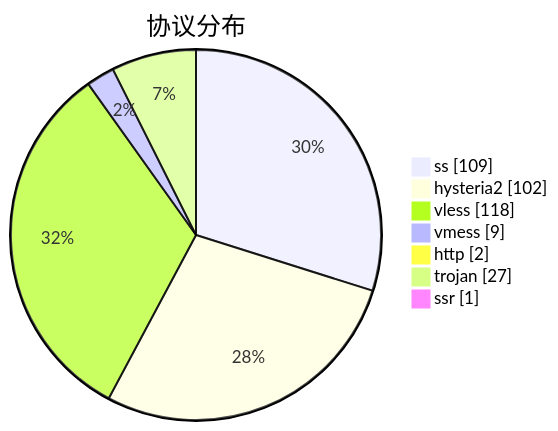
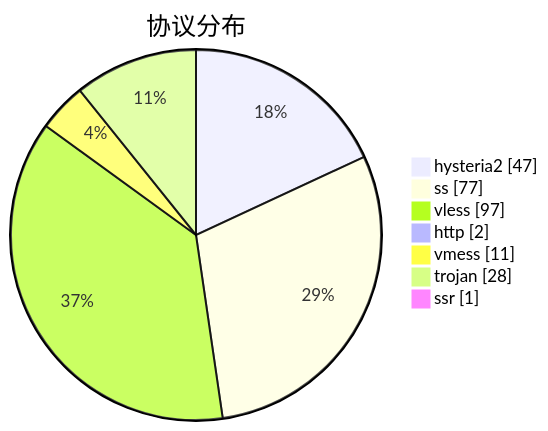
One commit to sinspired/airport changed the third of 3 diagrams in subs/statistics/tested_within.md. Above: the diagram before and after it, drawn with Mermaid. The commit also changed other lines of this file and 2 other files, not shown here.

````diff
--- a/subs/statistics/tested_within.md
+++ b/subs/statistics/tested_within.md
@@ -44,11 +44,11 @@
 ```mermaid
 pie showData
 title 协议分布
-"ss" : 109
-"hysteria2" : 102
-"vless" : 118
-"vmess" : 9
+"hysteria2" : 47
+"ss" : 77
+"vless" : 97
 "http" : 2
-"trojan" : 27
+"vmess" : 11
+"trojan" : 28
 "ssr" : 1
 ```
````
